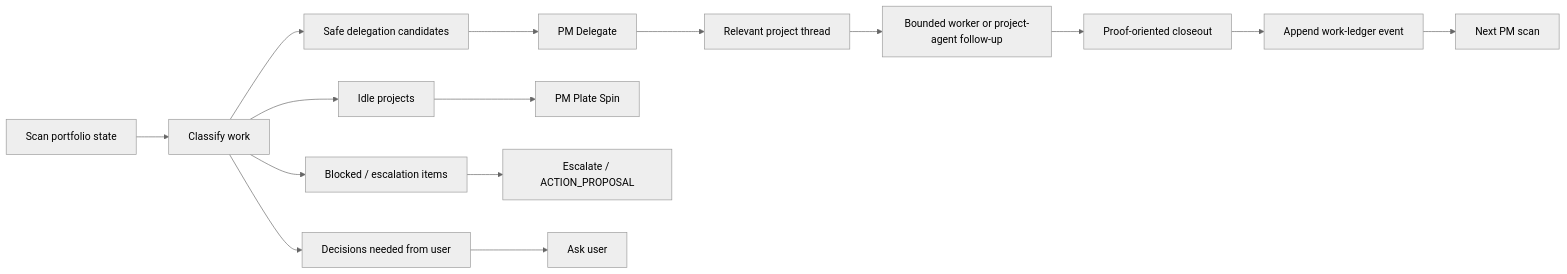
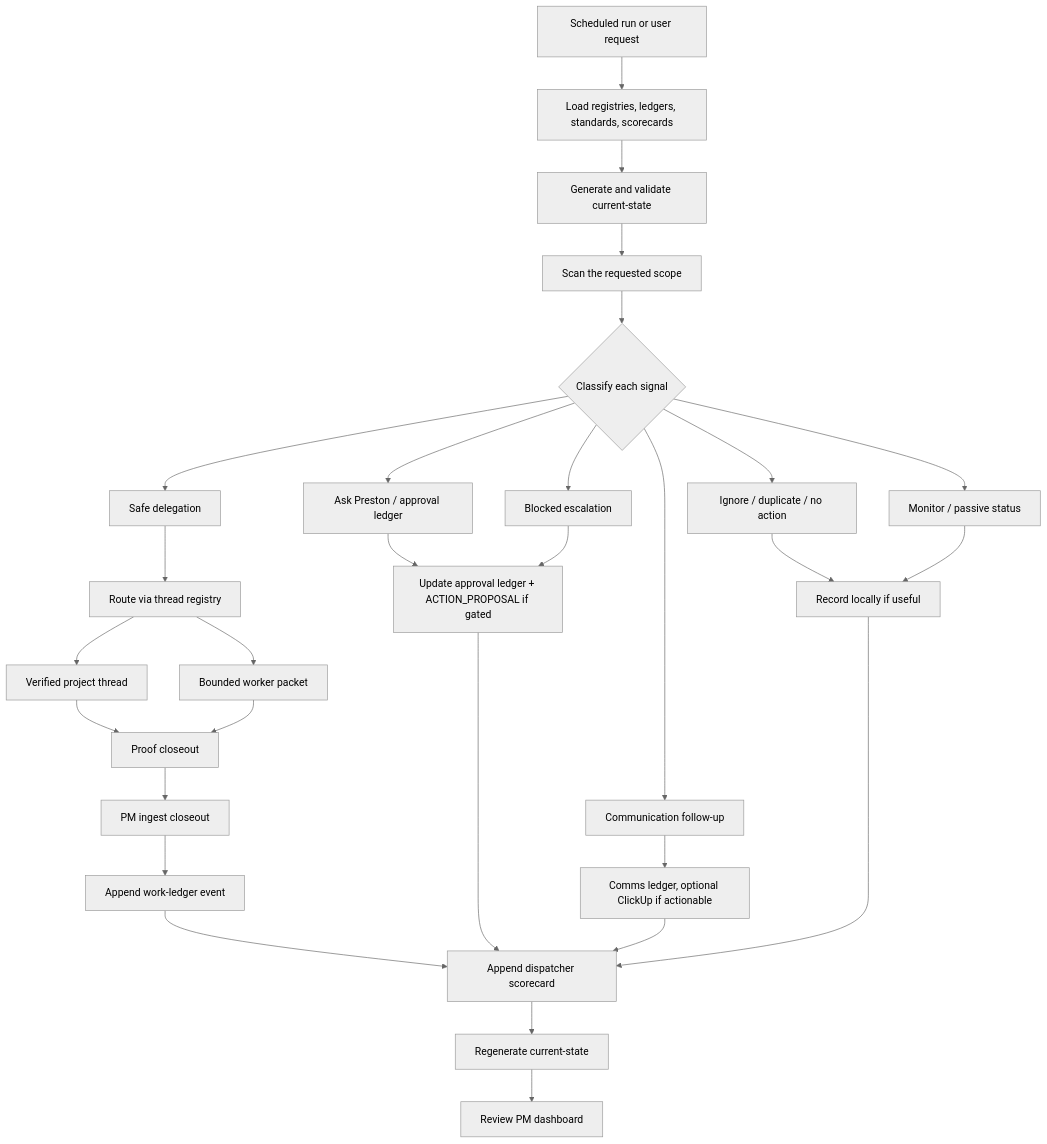
Before and after one commit to Splintered-Glass-Solutions/SGS_skills: the first of 6 diagrams in docs/pm-systems/operations-loop.md, drawn with Mermaid (neutral theme). The commit also changed other lines of this file and 17 other files, not shown here.

Commit message:
docs: refresh PM system architecture

````diff
--- a/docs/pm-systems/operations-loop.md
+++ b/docs/pm-systems/operations-loop.md
@@ -6,19 +9,35 @@
 ```mermaid
-flowchart LR
-  Scan["Scan portfolio state"] --> Classify["Classify work"]
-  Classify --> Decisions["Decisions needed from user"]
-  Classify --> Delegable["Safe delegation candidates"]
-  Classify --> Blocked["Blocked / escalation items"]
-  Classify --> Idle["Idle projects"]
+flowchart TD
+  Start["Scheduled run or user request"] --> Load["Load registries, ledgers, standards, scorecards"]
+  Load --> Generate["Generate and validate current-state"]
+  Generate --> Scan["Scan the requested scope"]
+  Scan --> Classify{"Classify each signal"}
 
-  Delegable --> Delegate["PM Delegate"]
-  Idle --> PlateSpin["PM Plate Spin"]
-  Blocked --> Escalate["Escalate / ACTION_PROPOSAL"]
-  Decisions --> User["Ask user"]
+  Classify --> Ignore["Ignore / duplicate / no action"]
+  Classify --> Monitor["Monitor / passive status"]
+  Classify --> Decision["Ask Preston / approval ledger"]
+  Classify --> Delegate["Safe delegation"]
+  Classify --> Escalate["Blocked escalation"]
+  Classify --> Comms["Communication follow-up"]
 
-  Delegate --> ProjectThread["Relevant project thread"]
-  ProjectThread --> Worker["Bounded worker or project-agent follow-up"]
-  Worker --> Closeout["Proof-oriented closeout"]
-  Closeout --> Ledger["Append work-ledger event"]
-  Ledger --> NextScan["Next PM scan"]
+  Ignore --> Local["Record locally if useful"]
+  Monitor --> Local
+  Decision --> Approval["Update approval ledger + ACTION_PROPOSAL if gated"]
+  Delegate --> Route["Route via thread registry"]
+  Escalate --> Approval
+  Comms --> CommsLedger["Comms ledger, optional ClickUp if actionable"]
+
+  Route --> ProjectThread["Verified project thread"]
+  Route --> WorkerPacket["Bounded worker packet"]
+  ProjectThread --> Closeout["Proof closeout"]
+  WorkerPacket --> Closeout
+  Closeout --> Ingest["PM ingest closeout"]
+  Ingest --> WorkLedger["Append work-ledger event"]
+
+  WorkLedger --> Scorecard["Append dispatcher scorecard"]
+  Approval --> Scorecard
+  CommsLedger --> Scorecard
+  Local --> Scorecard
+  Scorecard --> Refresh["Regenerate current-state"]
+  Refresh --> Dashboard["Review PM dashboard"]
 ```
````
